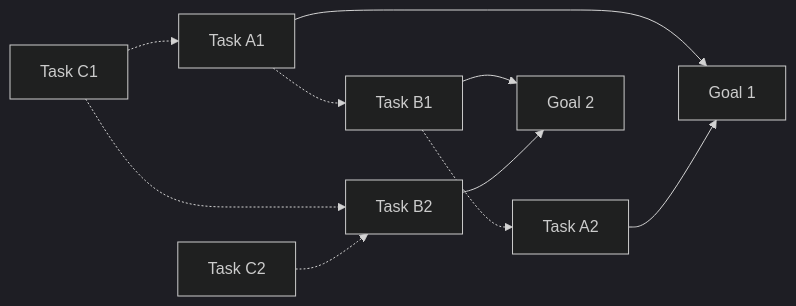
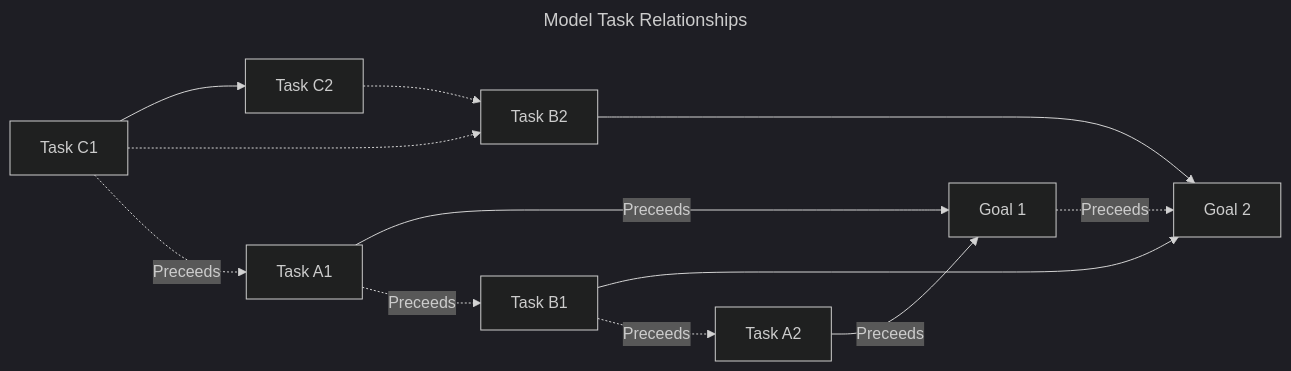
The diagram in TidyObsidian/docs/markdown_tasks_extract_README.md (jwhco/scripts), drawn with Mermaid (dark theme) before and after one commit. The commit also changed other lines of this file, not shown here.

Commit message:
#16 need to find them to curate

````diff
--- a/TidyObsidian/docs/markdown_tasks_extract_README.md
+++ b/TidyObsidian/docs/markdown_tasks_extract_README.md
@@ -20,15 +20,21 @@
 ```mermaid
+---
+title: Model Task Relationships
+width: 100%
+---
+
 graph LR
 
 %% Heirarchy
-A1[Task A1] & A2[Task A2] --> G1[Goal 1]
+A1[Task A1] & A2[Task A2] --> |Preceeds| G1[Goal 1]
 B1[Task B1] & B2[Task B2] --> G2[Goal 2]
-C1[Task C1] & C2[Task C2]
+C1[Task C1] --> C2[Task C2]
 
 %% Dependency
-B1 -.-> A2
-A1 -.-> B1
+G1 -.-> |Preceeds| G2
+B1 -.-> |Preceeds| A2
+A1 -.-> |Preceeds| B1
 C1 & C2 -.-> B2
-C1 -.-> A1
+C1 -.-> |Preceeds| A1
 
 ```
````
